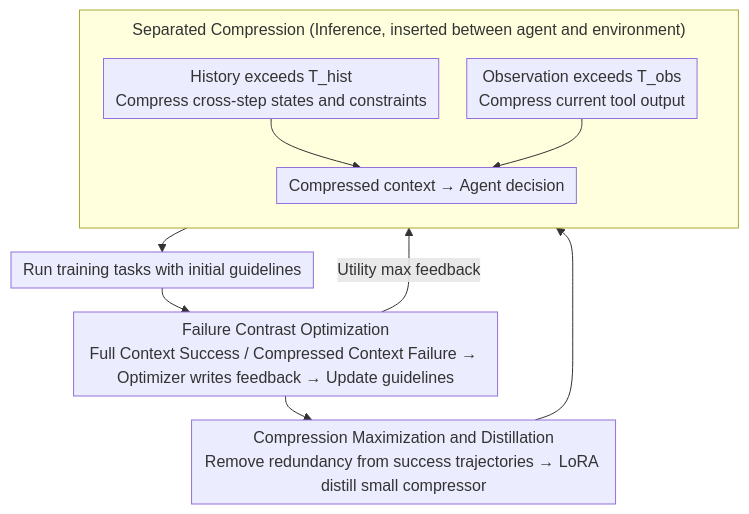
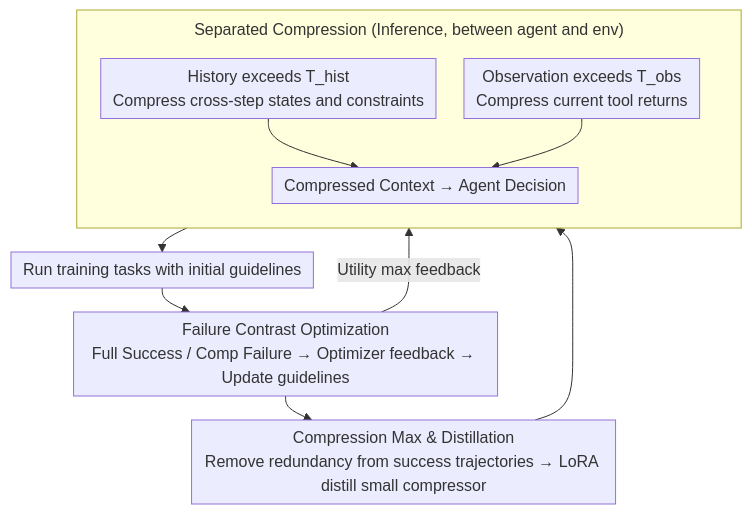
Before and after one commit to zhaoyang97/Paper-Notes-en: the diagram in docs/ICML2026/llm_agent/acon_optimizing_context_compression_for_long-horizon_llm_agents.md, drawn with Mermaid. The commit also changed other lines of this file and 5084 other files, not shown here.

````diff
--- a/docs/ICML2026/llm_agent/acon_optimizing_context_compression_for_long-horizon_llm_agents.md
+++ b/docs/ICML2026/llm_agent/acon_optimizing_context_compression_for_long-horizon_llm_agents.md
@@ -44,16 +44,16 @@
 ```mermaid
 %%{init: {'flowchart': {'rankSpacing': 24, 'nodeSpacing': 28, 'padding': 6, 'wrappingWidth': 400, 'subGraphTitleMargin': {'top': 8, 'bottom': 16}}}}%%
 flowchart TD
-    subgraph SEP["Separated Compression (Inference, inserted between agent and environment)"]
+    subgraph SEP["Separated Compression (Inference, between agent and env)"]
         direction TB
         H["History exceeds T_hist<br/>Compress cross-step states and constraints"]
-        O["Observation exceeds T_obs<br/>Compress current tool output"]
-        H --> CTX["Compressed context → Agent decision"]
+        O["Observation exceeds T_obs<br/>Compress current tool returns"]
+        H --> CTX["Compressed Context → Agent Decision"]
         O --> CTX
     end
     SEP --> RUN["Run training tasks with initial guidelines"]
-    RUN --> CON["Failure Contrast Optimization<br/>Full Context Success / Compressed Context Failure → Optimizer writes feedback → Update guidelines"]
+    RUN --> CON["Failure Contrast Optimization<br/>Full Success / Comp Failure → Optimizer feedback → Update guidelines"]
     CON -->|Utility max feedback| SEP
-    CON --> CMAX["Compression Maximization and Distillation<br/>Remove redundancy from success trajectories → LoRA distill small compressor"]
+    CON --> CMAX["Compression Max & Distillation<br/>Remove redundancy from success trajectories → LoRA distill small compressor"]
     CMAX --> SEP
 ```
````
